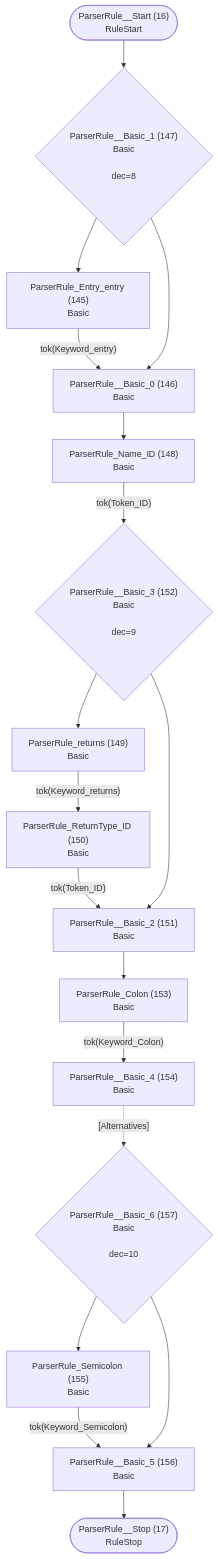
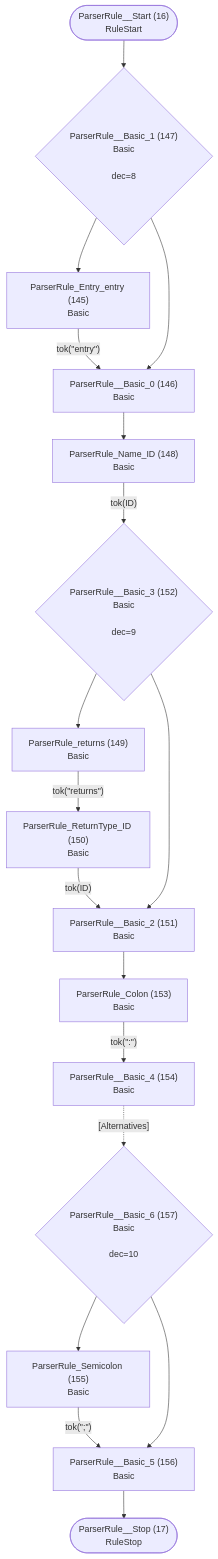
The ninth of 37 diagrams in internal/grammar/atn.md (TypeFox/fastbelt), drawn with Mermaid before and after one commit. The commit also changed other lines of this file and 3 other files, not shown here.

````diff
--- a/internal/grammar/atn.md
+++ b/internal/grammar/atn.md
@@ -242,36 +242,36 @@
 ```mermaid
 flowchart TD
     q16(["ParserRule__Start (16)<br/>RuleStart"])
     q17(["ParserRule__Stop (17)<br/>RuleStop"])
     q145["ParserRule_Entry_entry (145)<br/>Basic<br/>"]
     q146["ParserRule__Basic_0 (146)<br/>Basic<br/>"]
     q147{"ParserRule__Basic_1 (147)<br/>Basic<br/><br/>dec=8"}
     q148["ParserRule_Name_ID (148)<br/>Basic<br/>"]
     q149["ParserRule_returns (149)<br/>Basic<br/>"]
     q150["ParserRule_ReturnType_ID (150)<br/>Basic<br/>"]
     q151["ParserRule__Basic_2 (151)<br/>Basic<br/>"]
     q152{"ParserRule__Basic_3 (152)<br/>Basic<br/><br/>dec=9"}
     q153["ParserRule_Colon (153)<br/>Basic<br/>"]
     q154["ParserRule__Basic_4 (154)<br/>Basic<br/>"]
     q155["ParserRule_Semicolon (155)<br/>Basic<br/>"]
     q156["ParserRule__Basic_5 (156)<br/>Basic<br/>"]
     q157{"ParserRule__Basic_6 (157)<br/>Basic<br/><br/>dec=10"}
 
     q16 --> q147
-    q145 -->|"tok(Keyword_entry)"| q146
+    q145 -->|"tok(&quot;entry&quot;)"| q146
     q146 --> q148
     q147 --> q145
     q147 --> q146
-    q148 -->|"tok(Token_ID)"| q152
-    q149 -->|"tok(Keyword_returns)"| q150
-    q150 -->|"tok(Token_ID)"| q151
+    q148 -->|"tok(ID)"| q152
+    q149 -->|"tok(&quot;returns&quot;)"| q150
+    q150 -->|"tok(ID)"| q151
     q151 --> q153
     q152 --> q149
     q152 --> q151
-    q153 -->|"tok(Keyword_Colon)"| q154
+    q153 -->|"tok(&quot;:&quot;)"| q154
     q154 -.->|"[Alternatives]"| q157
-    q155 -->|"tok(Keyword_Semicolon)"| q156
+    q155 -->|"tok(&quot;;&quot;)"| q156
     q156 --> q17
     q157 --> q155
     q157 --> q156
 ```
````
